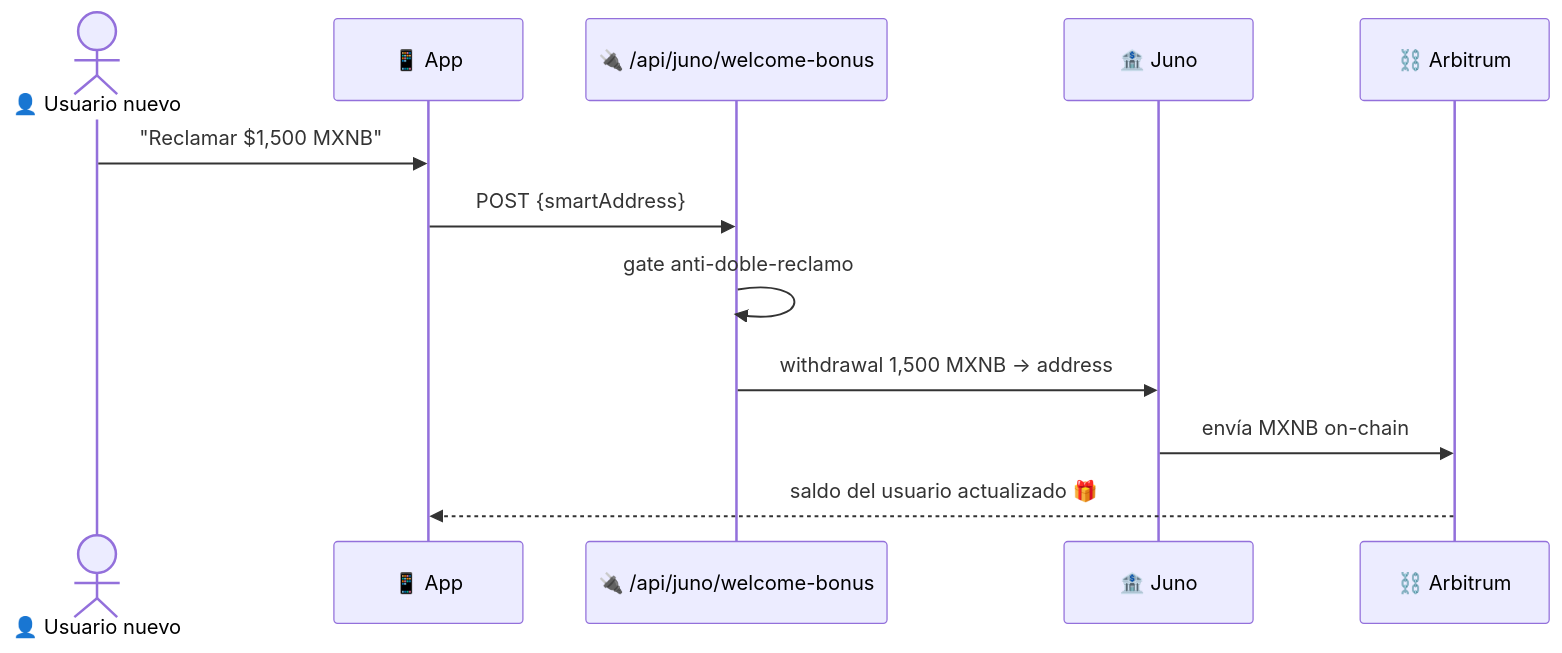
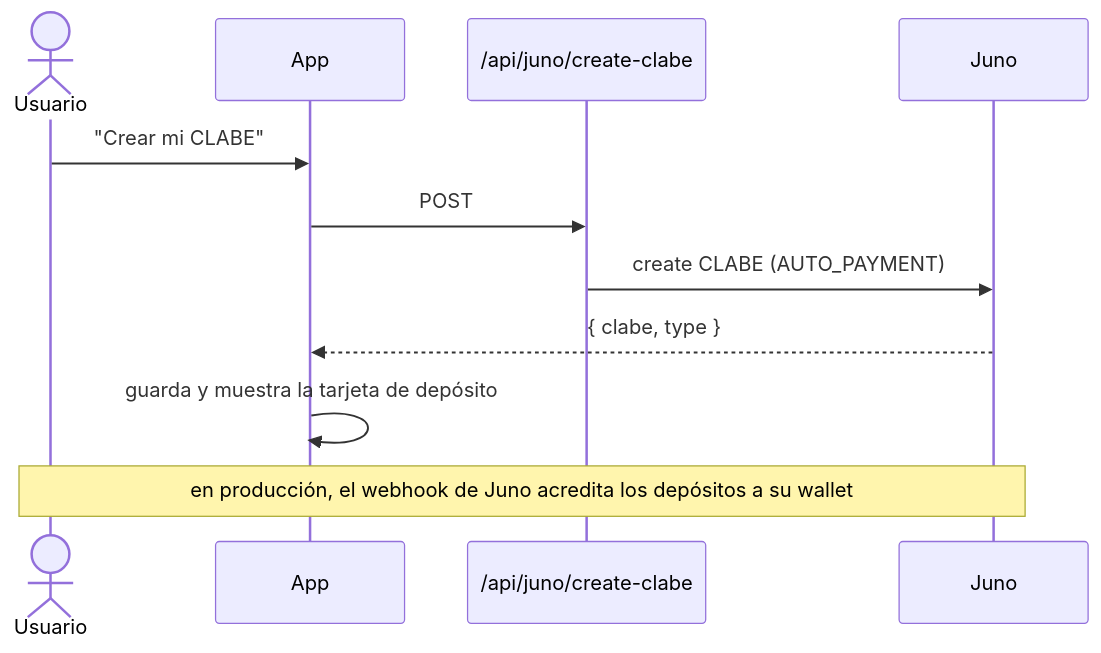
The sixth of 6 diagrams in README.md (Seyfert-Labs/SEYF-P), drawn with Mermaid before and after one commit. The commit also changed other lines of this file and 8 other files, not shown here.

````diff
--- a/README.md
+++ b/README.md
@@ -175,14 +218,13 @@
 ```mermaid
 sequenceDiagram
-    actor U as 👤 Usuario nuevo
-    participant App as 📱 App
-    participant API as 🔌 /api/juno/welcome-bonus
-    participant Juno as 🏦 Juno
-    participant Arb as ⛓️ Arbitrum
-    U->>App: "Reclamar $1,500 MXNB"
-    App->>API: POST {smartAddress}
-    API->>API: gate anti-doble-reclamo
-    API->>Juno: withdrawal 1,500 MXNB → address
-    Juno->>Arb: envía MXNB on-chain
-    Arb-->>App: saldo del usuario actualizado 🎁
+    actor U as Usuario
+    participant App
+    participant API as /api/juno/create-clabe
+    participant Juno
+    U->>App: "Crear mi CLABE"
+    App->>API: POST
+    API->>Juno: create CLABE (AUTO_PAYMENT)
+    Juno-->>App: { clabe, type }
+    App->>App: guarda y muestra la tarjeta de depósito
+    Note over U,Juno: en producción, el webhook de Juno acredita los depósitos a su wallet
 ```
````
